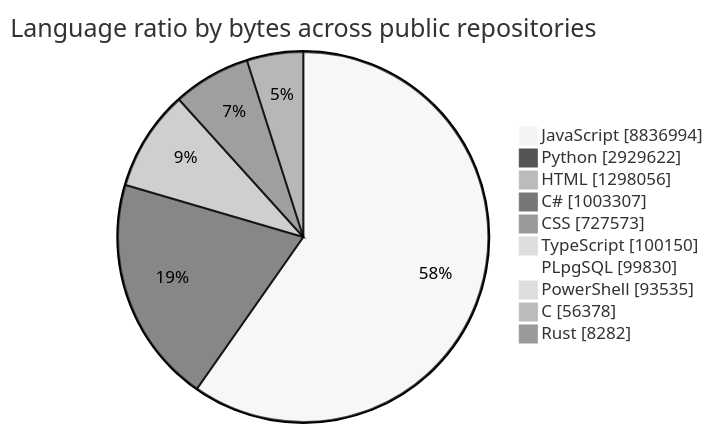
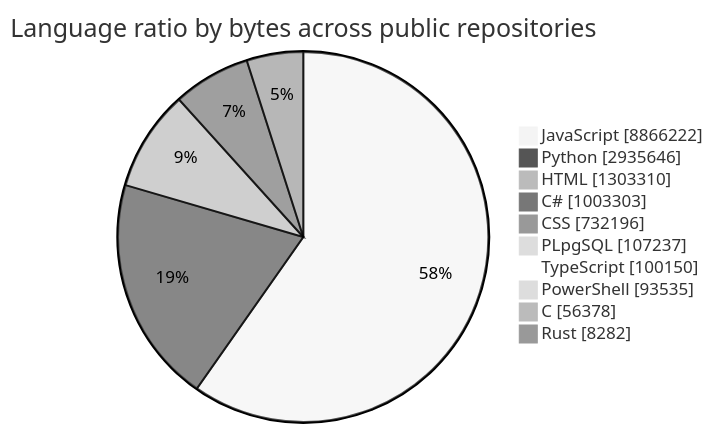
The first of 2 diagrams in README.md (tchinso/tchinso), drawn with Mermaid (neutral theme) before and after one commit. The commit also changed other lines of this file, not shown here.

````diff
--- a/README.md
+++ b/README.md
@@ -27,14 +27,14 @@
 ```mermaid
 pie showData
     title Language ratio by bytes across public repositories
-    "JavaScript" : 8836994
-    "Python" : 2929622
-    "HTML" : 1298056
-    "C#" : 1003307
-    "CSS" : 727573
+    "JavaScript" : 8866222
+    "Python" : 2935646
+    "HTML" : 1303310
+    "C#" : 1003303
+    "CSS" : 732196
+    "PLpgSQL" : 107237
     "TypeScript" : 100150
-    "PLpgSQL" : 99830
     "PowerShell" : 93535
     "C" : 56378
     "Rust" : 8282
 ```
````
